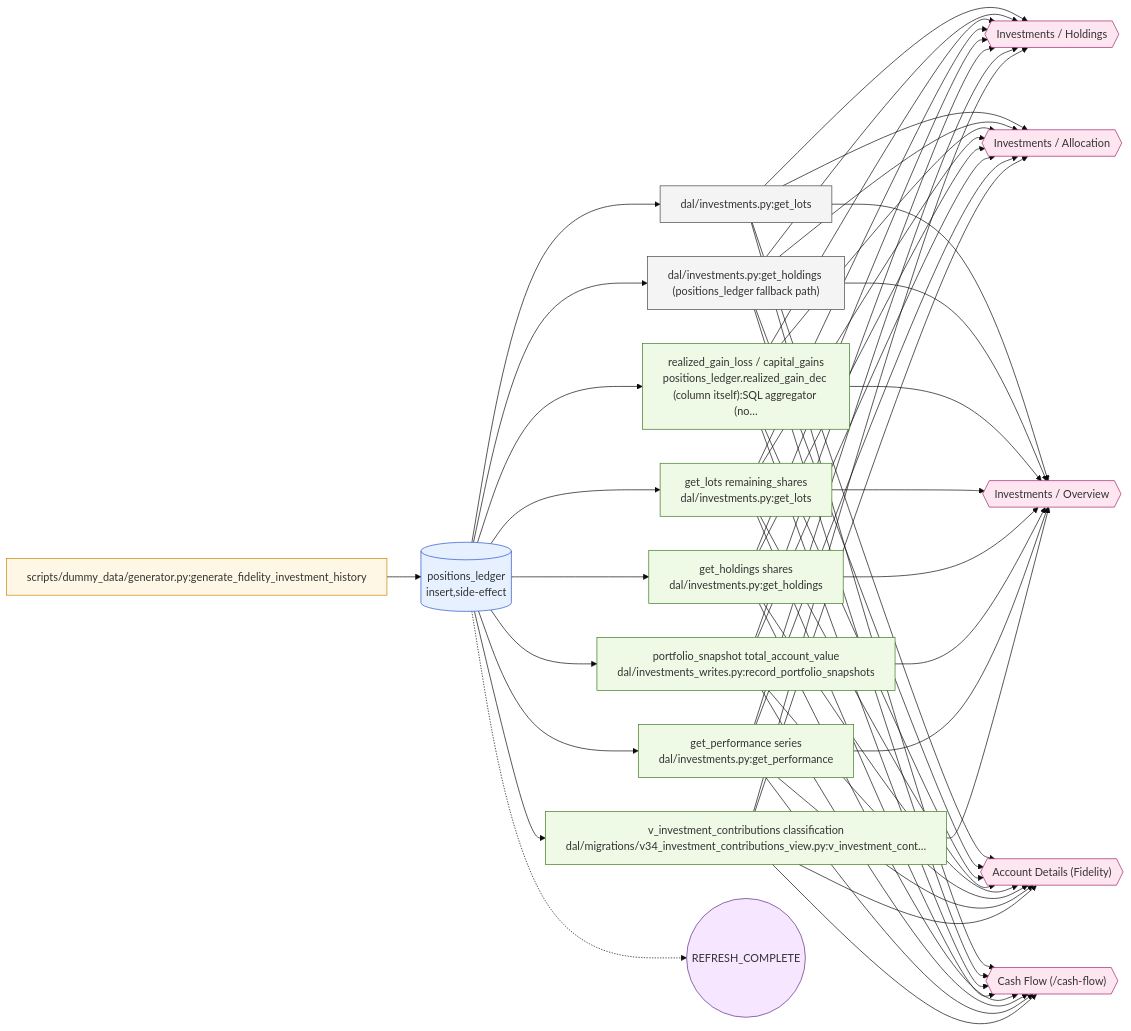
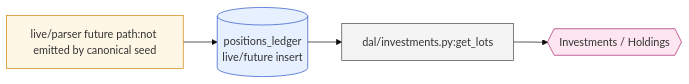
The diagram in docs/data-lineage/diagrams/investment_sell.mmd (wileyqe/Sentry-Finance), drawn with Mermaid (base theme) before and after one commit. The commit also changed 44 other files, not shown here.

Commit message:
Simplify canonical investment seed

```diff
--- a/docs/data-lineage/diagrams/investment_sell.mmd
+++ b/docs/data-lineage/diagrams/investment_sell.mmd
@@ -1,83 +1,22 @@
 %% Auto-generated by build_diagrams.py — do not edit by hand.
 %% Event: investment_sell (class: user_action)
 %% Investment sell (security sale)
 graph LR
-  origin["scripts/dummy_data/generator.py:generate_fidelity_investment_history"]
-  tbl_positions_ledger[("positions_ledger<br/>insert,side-effect")]
+  origin["live/parser future path:not emitted by canonical seed"]
+  tbl_positions_ledger[("positions_ledger<br/>live/future insert")]
   origin --> tbl_positions_ledger
   dc0_get_lots["dal/investments.py:get_lots"]
-  dc1_get_holdings_positions_ledger_fallback_path["dal/investments.py:get_holdings (positions_ledger fallback path)"]
-  dv0_realized_gain_loss_capital_gains["realized_gain_loss / capital_gains<br/>positions_ledger.realized_gain_dec (column itself):SQL aggregator (no…"]
-  dv1_get_lots_remaining_shares["get_lots remaining_shares<br/>dal/investments.py:get_lots"]
-  dv2_get_holdings_shares["get_holdings shares<br/>dal/investments.py:get_holdings"]
-  dv3_portfolio_snapshot_total_account_value["portfolio_snapshot total_account_value<br/>dal/investments_writes.py:record_portfolio_snapshots"]
-  dv4_get_performance_series["get_performance series<br/>dal/investments.py:get_performance"]
-  dv5_v_investment_contributions_classification["v_investment_contributions classification<br/>dal/migrations/v34_investment_contributions_view.py:v_investment_cont…"]
   tbl_positions_ledger --> dc0_get_lots
-  tbl_positions_ledger --> dc1_get_holdings_positions_ledger_fallback_path
-  tbl_positions_ledger --> dv0_realized_gain_loss_capital_gains
-  tbl_positions_ledger --> dv1_get_lots_remaining_shares
-  tbl_positions_ledger --> dv2_get_holdings_shares
-  tbl_positions_ledger --> dv3_portfolio_snapshot_total_account_value
-  tbl_positions_ledger --> dv4_get_performance_series
-  tbl_positions_ledger --> dv5_v_investment_contributions_classification
   ui0_Investments_Holdings{{"Investments / Holdings"}}
-  ui1_Investments_Allocation{{"Investments / Allocation"}}
-  ui2_Investments_Overview{{"Investments / Overview"}}
-  ui3_Account_Details_Fidelity{{"Account Details (Fidelity)"}}
-  ui4_Cash_Flow_cash_flow{{"Cash Flow (/cash-flow)"}}
   dc0_get_lots --> ui0_Investments_Holdings
-  dc1_get_holdings_positions_ledger_fallback_path --> ui0_Investments_Holdings
-  dv0_realized_gain_loss_capital_gains --> ui0_Investments_Holdings
-  dv1_get_lots_remaining_shares --> ui0_Investments_Holdings
-  dv2_get_holdings_shares --> ui0_Investments_Holdings
-  dv3_portfolio_snapshot_total_account_value --> ui0_Investments_Holdings
-  dv4_get_performance_series --> ui0_Investments_Holdings
-  dv5_v_investment_contributions_classification --> ui0_Investments_Holdings
-  dc0_get_lots --> ui1_Investments_Allocation
-  dc1_get_holdings_positions_ledger_fallback_path --> ui1_Investments_Allocation
-  dv0_realized_gain_loss_capital_gains --> ui1_Investments_Allocation
-  dv1_get_lots_remaining_shares --> ui1_Investments_Allocation
-  dv2_get_holdings_shares --> ui1_Investments_Allocation
-  dv3_portfolio_snapshot_total_account_value --> ui1_Investments_Allocation
-  dv4_get_performance_series --> ui1_Investments_Allocation
-  dv5_v_investment_contributions_classification --> ui1_Investments_Allocation
-  dc0_get_lots --> ui2_Investments_Overview
-  dc1_get_holdings_positions_ledger_fallback_path --> ui2_Investments_Overview
-  dv0_realized_gain_loss_capital_gains --> ui2_Investments_Overview
-  dv1_get_lots_remaining_shares --> ui2_Investments_Overview
-  dv2_get_holdings_shares --> ui2_Investments_Overview
-  dv3_portfolio_snapshot_total_account_value --> ui2_Investments_Overview
-  dv4_get_performance_series --> ui2_Investments_Overview
-  dv5_v_investment_contributions_classification --> ui2_Investments_Overview
-  dc0_get_lots --> ui3_Account_Details_Fidelity
-  dc1_get_holdings_positions_ledger_fallback_path --> ui3_Account_Details_Fidelity
-  dv0_realized_gain_loss_capital_gains --> ui3_Account_Details_Fidelity
-  dv1_get_lots_remaining_shares --> ui3_Account_Details_Fidelity
-  dv2_get_holdings_shares --> ui3_Account_Details_Fidelity
-  dv3_portfolio_snapshot_total_account_value --> ui3_Account_Details_Fidelity
-  dv4_get_performance_series --> ui3_Account_Details_Fidelity
-  dv5_v_investment_contributions_classification --> ui3_Account_Details_Fidelity
-  dc0_get_lots --> ui4_Cash_Flow_cash_flow
-  dc1_get_holdings_positions_ledger_fallback_path --> ui4_Cash_Flow_cash_flow
-  dv0_realized_gain_loss_capital_gains --> ui4_Cash_Flow_cash_flow
-  dv1_get_lots_remaining_shares --> ui4_Cash_Flow_cash_flow
-  dv2_get_holdings_shares --> ui4_Cash_Flow_cash_flow
-  dv3_portfolio_snapshot_total_account_value --> ui4_Cash_Flow_cash_flow
-  dv4_get_performance_series --> ui4_Cash_Flow_cash_flow
-  dv5_v_investment_contributions_classification --> ui4_Cash_Flow_cash_flow
-  ex0_REFRESH_COMPLETE(("REFRESH_COMPLETE"))
-  tbl_positions_ledger -.-> ex0_REFRESH_COMPLETE
 
   classDef origin fill:#fff7e6,stroke:#cc8400,stroke-width:1px;
   classDef table fill:#e6f0ff,stroke:#2952cc,stroke-width:1px;
   classDef consumer fill:#f4f4f4,stroke:#444,stroke-width:1px;
   classDef derivation fill:#eef9e6,stroke:#3d7a1f,stroke-width:1px;
   classDef ui fill:#fde6f0,stroke:#a5226f,stroke-width:1px;
   classDef effect fill:#f6e6ff,stroke:#5e2a82,stroke-width:1px;
   class origin origin;
   class tbl_positions_ledger table;
-  class dc0_get_lots,dc1_get_holdings_positions_ledger_fallback_path consumer;
-  class dv0_realized_gain_loss_capital_gains,dv1_get_lots_remaining_shares,dv2_get_holdings_shares,dv3_portfolio_snapshot_total_account_value,dv4_get_performance_series,dv5_v_investment_contributions_classification derivation;
-  class ui0_Investments_Holdings,ui1_Investments_Allocation,ui2_Investments_Overview,ui3_Account_Details_Fidelity,ui4_Cash_Flow_cash_flow ui;
-  class ex0_REFRESH_COMPLETE effect;
+  class dc0_get_lots consumer;
+  class ui0_Investments_Holdings ui;
```
